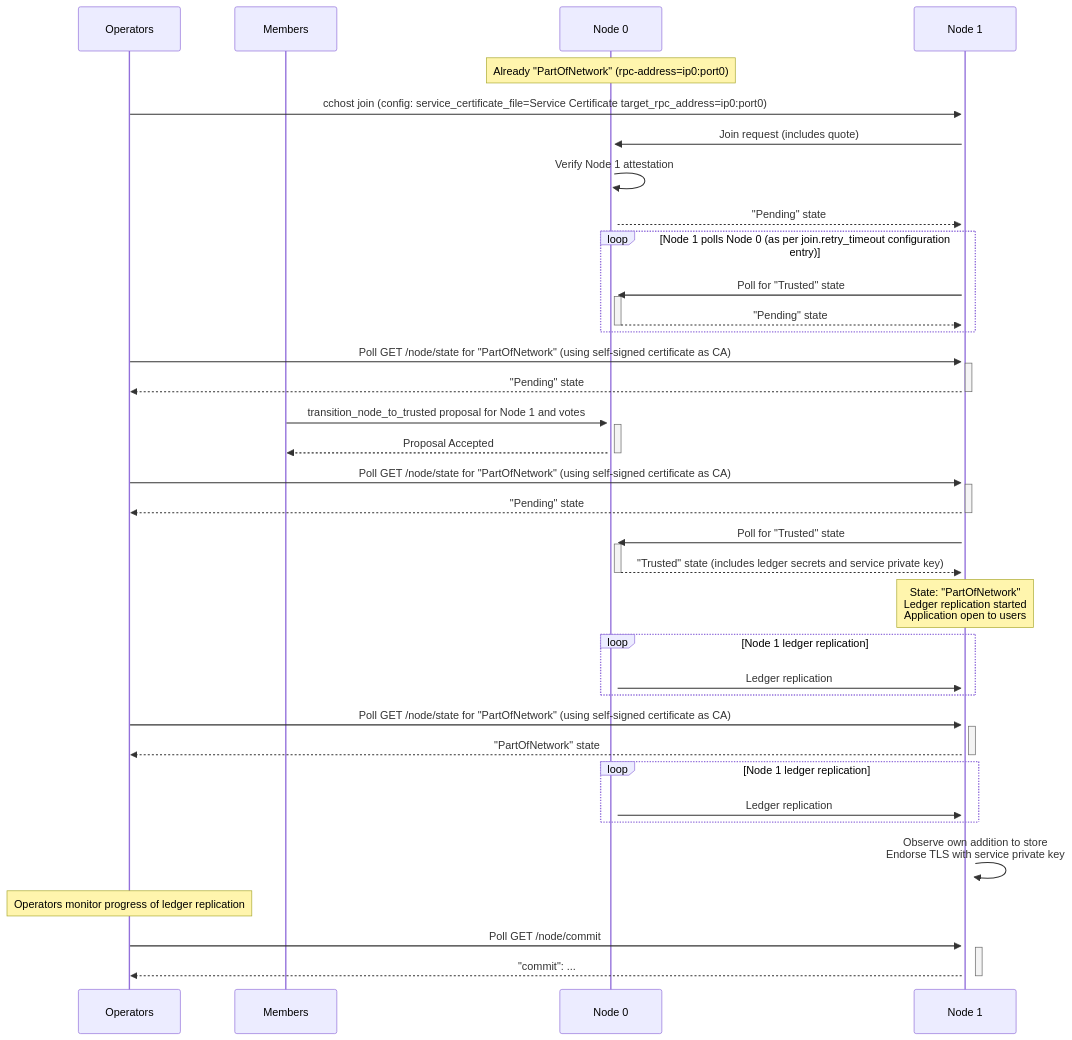
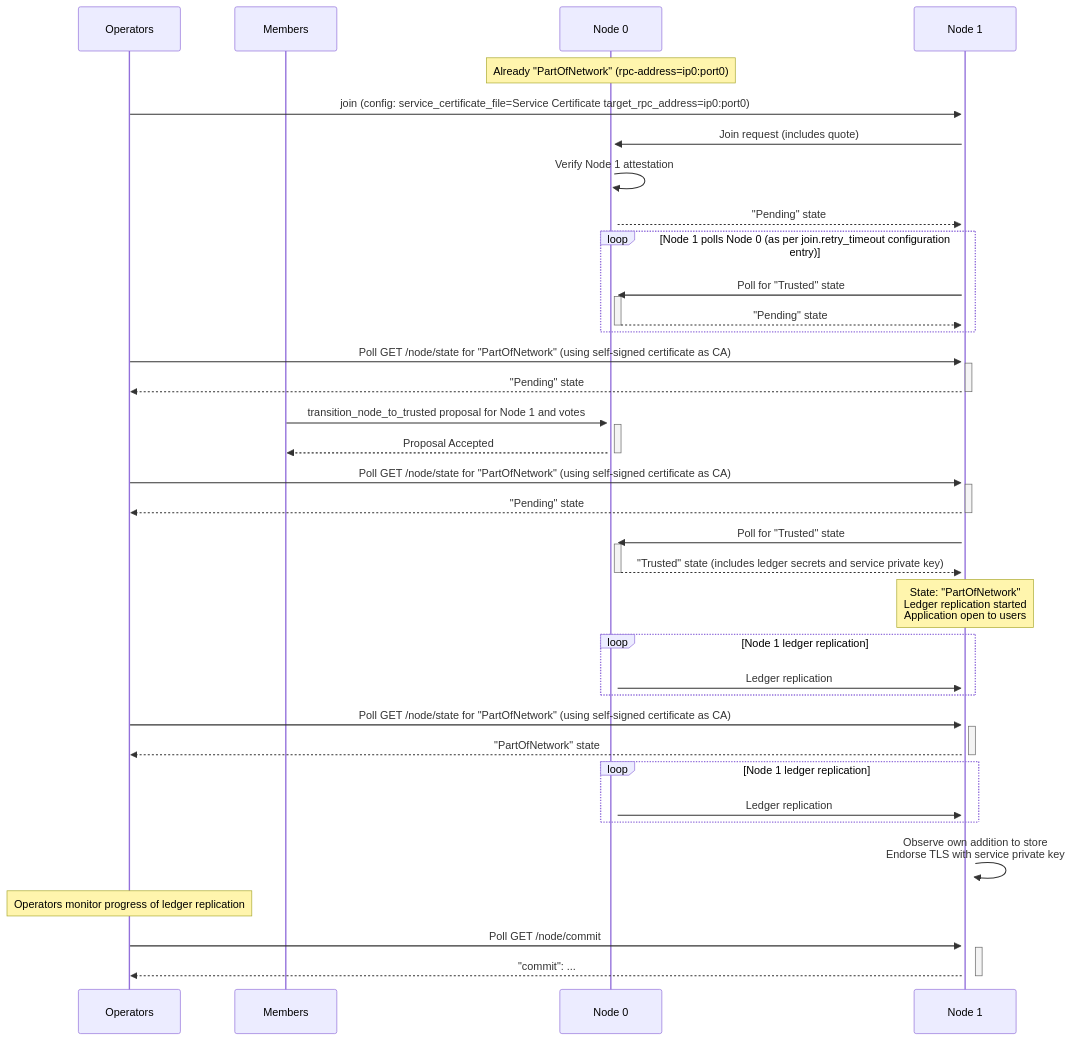
One commit to microsoft/CCF changed the third of 3 diagrams in doc/operations/start_network.rst. Above: the diagram before and after it, drawn with Mermaid. The commit also changed other lines of this file and 16 other files, not shown here.

```diff
--- a/doc/operations/start_network.rst
+++ b/doc/operations/start_network.rst
@@ -69,51 +69,51 @@
 .. mermaid::
 
     sequenceDiagram
         participant Operators
         participant Members
         participant Node 0
         participant Node 1
 
         Note over Node 0: Already "PartOfNetwork" (rpc-address=ip0:port0)
 
-        Operators->>+Node 1: cchost join (config: service_certificate_file=Service Certificate target_rpc_address=ip0:port0)
+        Operators->>+Node 1: join (config: service_certificate_file=Service Certificate target_rpc_address=ip0:port0)
 
         Node 1->>+Node 0: Join request (includes quote)
         Node 0->>+Node 0: Verify Node 1 attestation
         Node 0-->>Node 1: "Pending" state
 
         loop Node 1 polls Node 0 (as per join.retry_timeout configuration entry)
             Node 1->>+Node 0: Poll for "Trusted" state
             Node 0-->>-Node 1: "Pending" state
         end
 
         Operators->>+Node 1: Poll GET /node/state for "PartOfNetwork" (using self-signed certificate as CA)
         Node 1-->>-Operators: "Pending" state
 
         Members->>+Node 0: transition_node_to_trusted proposal for Node 1 and votes
         Node 0-->>-Members: Proposal Accepted
 
         Operators->>+Node 1: Poll GET /node/state for "PartOfNetwork" (using self-signed certificate as CA)
         Node 1-->>-Operators: "Pending" state
 
         Node 1->>+Node 0: Poll for "Trusted" state
         Node 0-->>-Node 1: "Trusted" state (includes ledger secrets and service private key)
 
         Note over Node 1: State: "PartOfNetwork" <br/> Ledger replication started <br/> Application open to users
 
         loop Node 1 ledger replication
             Node 0->>+Node 1: Ledger replication
         end
 
         Operators->>+Node 1: Poll GET /node/state for "PartOfNetwork" (using self-signed certificate as CA)
         Node 1-->>-Operators: "PartOfNetwork" state
 
         loop Node 1 ledger replication
             Node 0->>+Node 1: Ledger replication
         end
 
         Node 1->>+Node 1: Observe own addition to store <br> Endorse TLS with service private key
 
         Note over Operators: Operators monitor progress of ledger replication
         Operators->>+Node 1: Poll GET /node/commit
         Node 1-->>-Operators: "commit": ...
```
